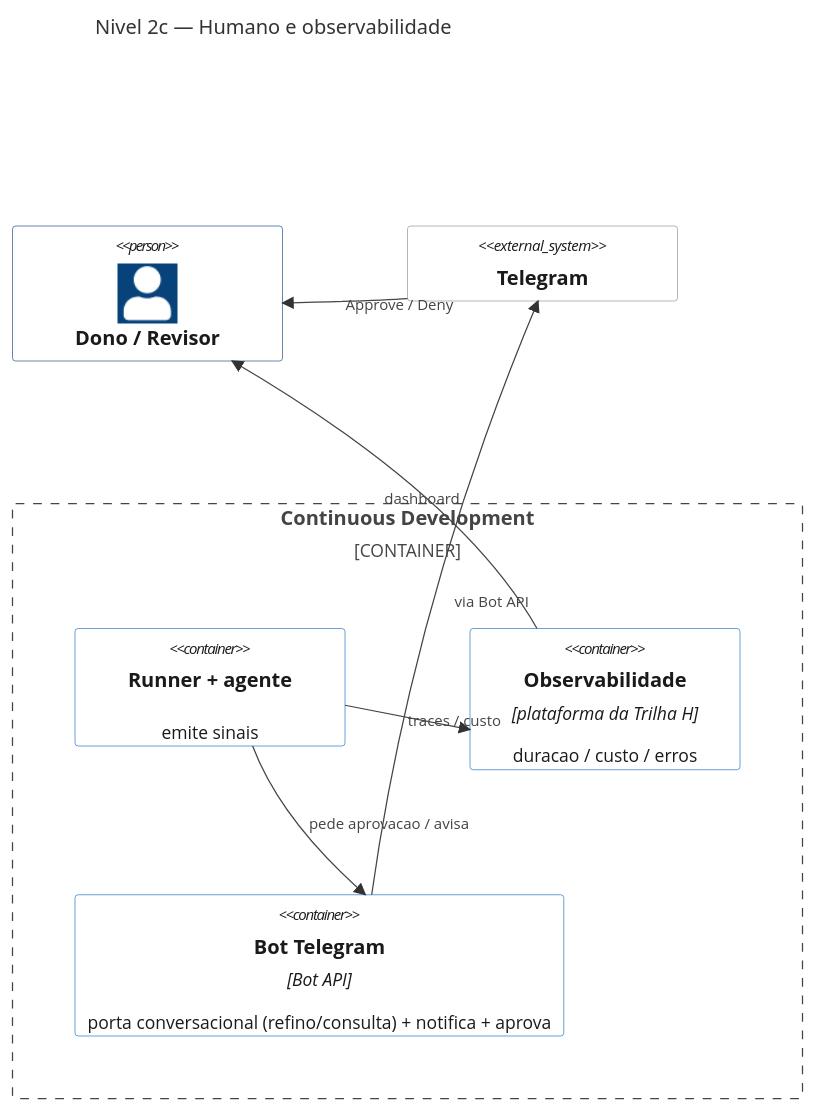
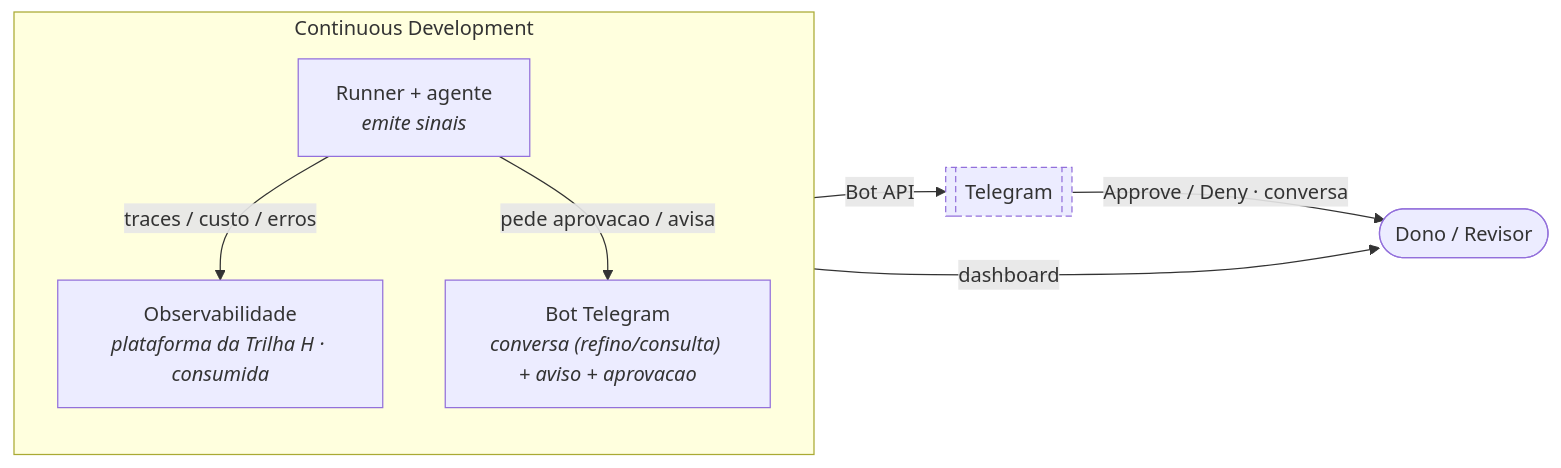
The third of 9 diagrams in research/ARCHITECTURE-C4.md (CenturyBoys/roboto), drawn with Mermaid before and after one commit. The commit also changed other lines of this file, not shown here.

First line of the commit message:
docs(research): ARCHITECTURE-C4 rev6 — flowchart estilo viva (layout + profundidade)

````diff
--- a/research/ARCHITECTURE-C4.md
+++ b/research/ARCHITECTURE-C4.md
@@ -101,23 +117,21 @@
 ```mermaid
-%%{init: {'theme':'base', 'themeVariables': {'background':'#FBF3DE'}}}%%
-C4Container
-  title Nivel 2c — Humano e observabilidade
-  Person(dono, "Dono / Revisor")
-  System_Ext(tg, "Telegram")
-  Container_Boundary(cd, "Continuous Development") {
-    Container(runner, "Runner + agente", "", "emite sinais")
-    Container(obs, "Observabilidade", "plataforma da Trilha H", "duracao / custo / erros")
-    Container(tgbot, "Bot Telegram", "Bot API", "porta conversacional (refino/consulta) + notifica + aprova")
-  }
-  Rel(runner, obs, "traces / custo")
-  Rel(runner, tgbot, "pede aprovacao / avisa")
-  Rel(tgbot, tg, "via Bot API")
-  Rel(tg, dono, "Approve / Deny")
-  Rel(obs, dono, "dashboard")
-  UpdateElementStyle(dono, $bgColor="#FFFFFF", $fontColor="#1A1A1A", $borderColor="#08427B")
-  UpdateElementStyle(tg, $bgColor="#FFFFFF", $fontColor="#1A1A1A", $borderColor="#8A8A8A")
-  UpdateElementStyle(runner, $bgColor="#FFFFFF", $fontColor="#1A1A1A", $borderColor="#1168BD")
-  UpdateElementStyle(obs, $bgColor="#FFFFFF", $fontColor="#1A1A1A", $borderColor="#1168BD")
-  UpdateElementStyle(tgbot, $bgColor="#FFFFFF", $fontColor="#1A1A1A", $borderColor="#1168BD")
-  UpdateLayoutConfig($c4ShapeInRow="3", $c4BoundaryInRow="1")
+flowchart LR
+  dono(["Dono / Revisor"])
+  tg[["Telegram"]]
+
+  subgraph cd["Continuous Development"]
+    direction TB
+    runner["Runner + agente<br/><i>emite sinais</i>"]
+    obs["Observabilidade<br/><i>plataforma da Trilha H · consumida</i>"]
+    tgbot["Bot Telegram<br/><i>conversa (refino/consulta) + aviso + aprovacao</i>"]
+  end
+
+  runner -- "traces / custo / erros" --> obs
+  runner -- "pede aprovacao / avisa" --> tgbot
+  tgbot -- "Bot API" --> tg
+  tg -- "Approve / Deny · conversa" --> dono
+  obs -- "dashboard" --> dono
+
+  classDef externo stroke-dasharray:5 3
+  class tg externo
 ```
````
